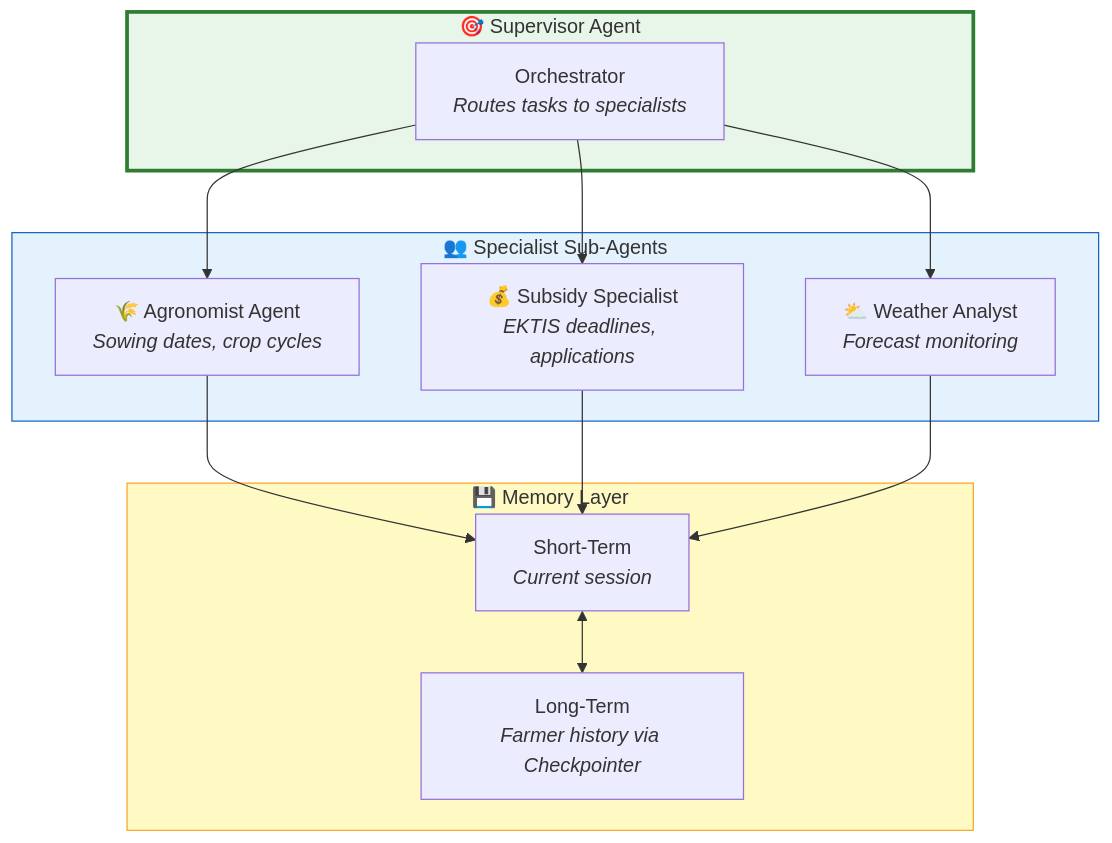
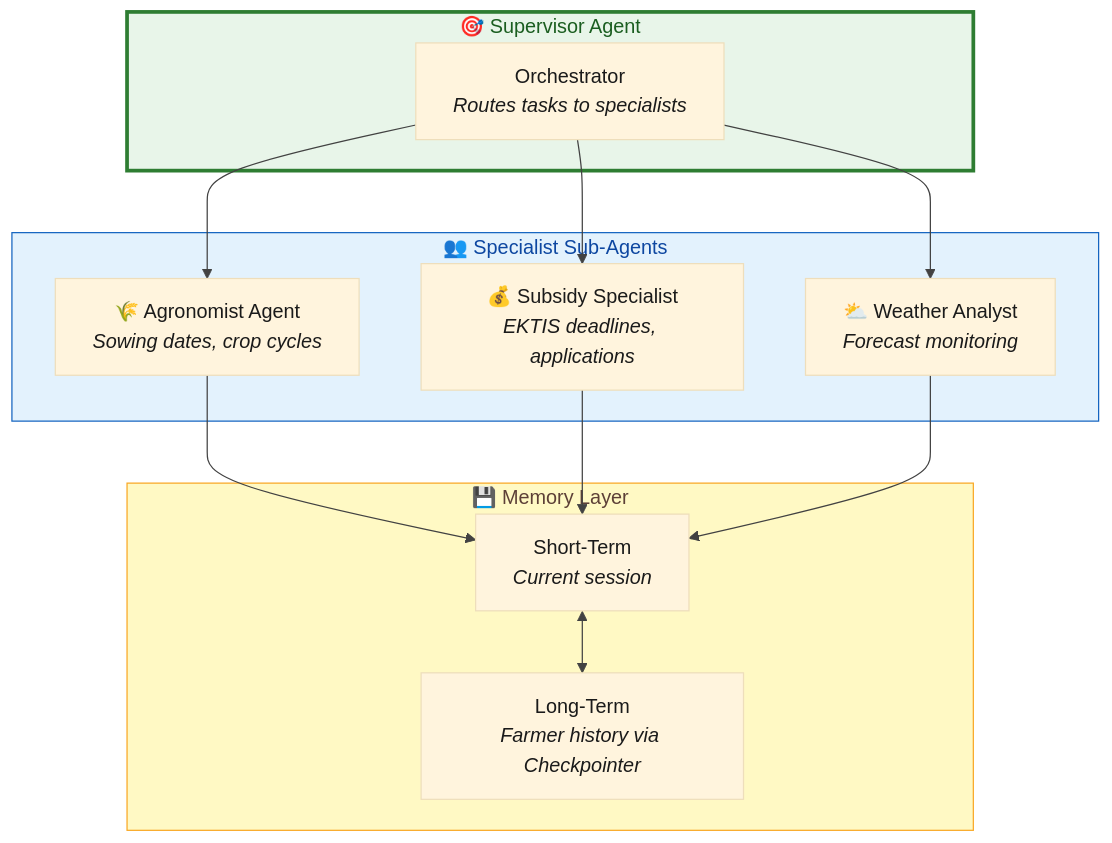
Before and after one commit to Px8Studio/yonja: the first of 19 diagrams in docs/zekalab/03-ARCHITECTURE.md, drawn with Mermaid. The commit also changed other lines of this file and 2 other files, not shown here.

Commit message:
Refine styling in architecture diagrams for improved clarity and consistency

````diff
--- a/docs/zekalab/03-ARCHITECTURE.md
+++ b/docs/zekalab/03-ARCHITECTURE.md
@@ -23,29 +23,30 @@
 ```mermaid
+%%{init: {'theme': 'base', 'themeVariables': { 'primaryTextColor': '#1a1a1a', 'lineColor': '#424242'}}}%%
 graph TB
     subgraph supervisor["🎯 Supervisor Agent"]
         sup["Orchestrator<br/><i>Routes tasks to specialists</i>"]
     end
     
     subgraph specialists["👥 Specialist Sub-Agents"]
         agro["🌾 Agronomist Agent<br/><i>Sowing dates, crop cycles</i>"]
         subsidy["💰 Subsidy Specialist<br/><i>EKTIS deadlines, applications</i>"]
         weather["⛅ Weather Analyst<br/><i>Forecast monitoring</i>"]
     end
     
     subgraph memory["💾 Memory Layer"]
         short["Short-Term<br/><i>Current session</i>"]
         long["Long-Term<br/><i>Farmer history via Checkpointer</i>"]
     end
     
     sup --> agro
     sup --> subsidy
     sup --> weather
     agro --> short
     subsidy --> short
     weather --> short
     short <--> long
     
-    style supervisor fill:#e8f5e9,stroke:#2e7d32,stroke-width:3px
-    style specialists fill:#e3f2fd,stroke:#1565c0
-    style memory fill:#fff9c4,stroke:#f9a825
+    style supervisor fill:#e8f5e9,stroke:#2e7d32,stroke-width:3px,color:#1b5e20
+    style specialists fill:#e3f2fd,stroke:#1565c0,color:#0d47a1
+    style memory fill:#fff9c4,stroke:#f9a825,color:#5d4037
 ```
````
